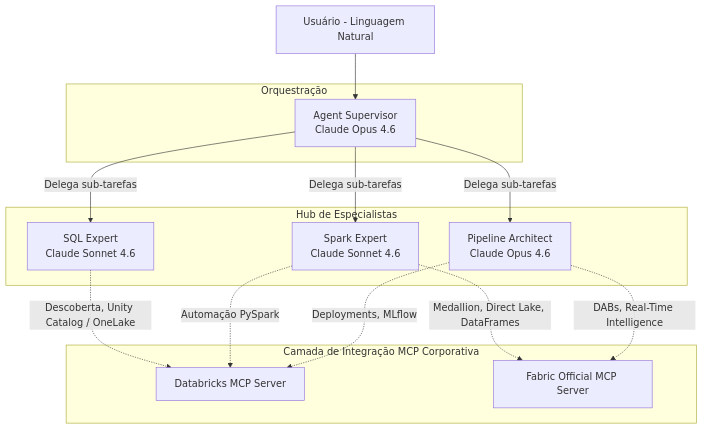
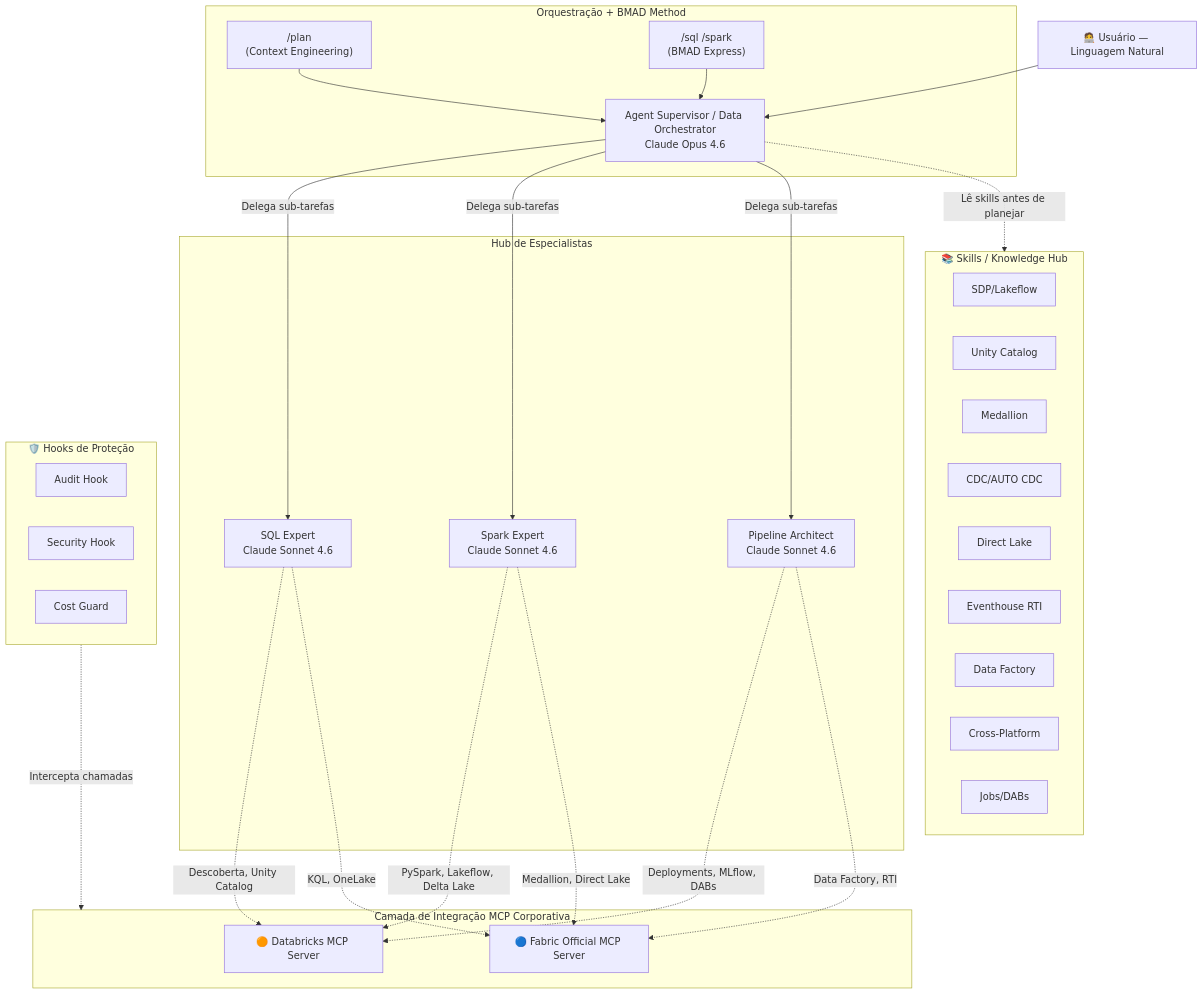
The diagram in README.md (arthurfr23/data-agents-copilot), drawn with Mermaid before and after one commit. The commit also changed other lines of this file and 2 other files, not shown here.

````diff
--- a/README.md
+++ b/README.md
@@ -36,29 +44,56 @@
 ```mermaid
 flowchart TD
-    US[Usuário - Linguagem Natural] --> AS
-    
-    subgraph Orquestração
-    AS[Agent Supervisor<br>Claude Opus 4.6]
-    end
-    
-    subgraph Hub de Especialistas
-    SQL[SQL Expert<br>Claude Sonnet 4.6]
-    SPK[Spark Expert<br>Claude Sonnet 4.6]
-    PL[Pipeline Architect<br>Claude Opus 4.6]
-    end
-    
-    subgraph Camada de Integração MCP Corporativa
-    DB[Databricks MCP Server]
-    FB[Fabric Official MCP Server]
+    US["🧑‍💻 Usuário — Linguagem Natural"] --> AS
+
+    subgraph BMAD["Orquestração + BMAD Method"]
+        PLAN["/plan\n(Context Engineering)"]
+        AS["Agent Supervisor / Data Orchestrator\nClaude Opus 4.6"]
+        EXPRESS["/sql  /spark\n(BMAD Express)"]
+        PLAN --> AS
+        EXPRESS --> AS
     end
 
-    AS --> |Delega sub-tarefas| SQL
-    AS --> |Delega sub-tarefas| SPK
-    AS --> |Delega sub-tarefas| PL
-    
-    SQL -.-> |Descoberta, Unity Catalog / OneLake| DB
-    SPK -.-> |Medallion, Direct Lake, DataFrames| FB
-    SPK -.-> |Automação PySpark| DB
-    PL -.-> |DABs, Real-Time Intelligence| FB
-    PL -.-> |Deployments, MLflow| DB
+    subgraph AGENTS["Hub de Especialistas"]
+        SQL["SQL Expert\nClaude Sonnet 4.6"]
+        SPK["Spark Expert\nClaude Sonnet 4.6"]
+        PL["Pipeline Architect\nClaude Sonnet 4.6"]
+    end
+
+    subgraph SKILLS["📚 Skills / Knowledge Hub"]
+        S1["SDP/Lakeflow"]
+        S2["Unity Catalog"]
+        S3["Medallion"]
+        S4["CDC/AUTO CDC"]
+        S5["Direct Lake"]
+        S6["Eventhouse RTI"]
+        S7["Data Factory"]
+        S8["Cross-Platform"]
+        S9["Jobs/DABs"]
+    end
+
+    subgraph HOOKS["🛡️ Hooks de Proteção"]
+        H1["Audit Hook"]
+        H2["Security Hook"]
+        H3["Cost Guard"]
+    end
+
+    subgraph MCP["Camada de Integração MCP Corporativa"]
+        DB["🟠 Databricks MCP Server"]
+        FB["🔵 Fabric Official MCP Server"]
+    end
+
+    AS --> |"Delega sub-tarefas"| SQL
+    AS --> |"Delega sub-tarefas"| SPK
+    AS --> |"Delega sub-tarefas"| PL
+
+    AS -.-> |"Lê skills antes de planejar"| SKILLS
+
+    SQL -.-> |"Descoberta, Unity Catalog"| DB
+    SQL -.-> |"KQL, OneLake"| FB
+    SPK -.-> |"PySpark, Lakeflow, Delta Lake"| DB
+    SPK -.-> |"Medallion, Direct Lake"| FB
+    PL -.-> |"Deployments, MLflow, DABs"| DB
+    PL -.-> |"Data Factory, RTI"| FB
+
+    HOOKS -.-> |"Intercepta chamadas"| MCP
 ```
````
